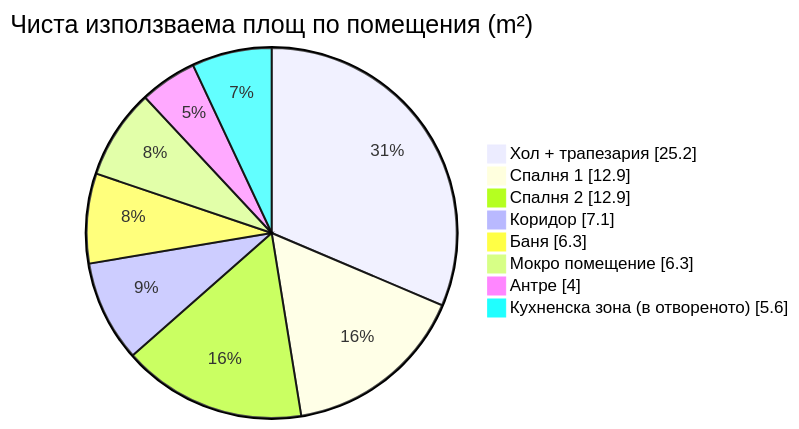
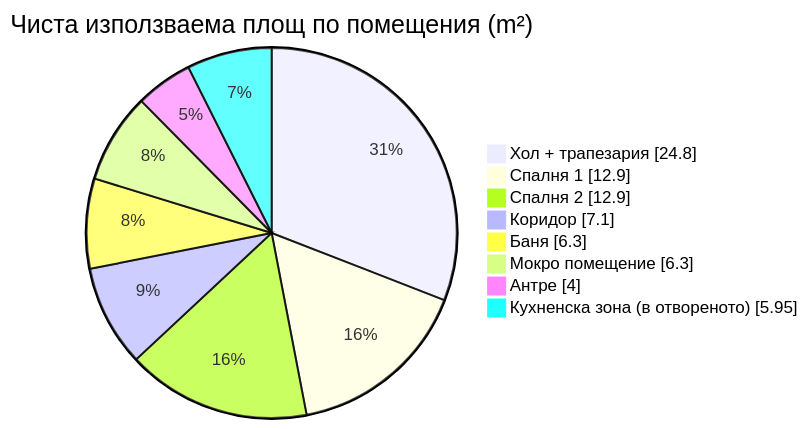
The third of 6 diagrams in architecture/04-diagrams.md (metodiev/nikolaevo-house), drawn with Mermaid before and after one commit. The commit also changed other lines of this file and 22 other files, not shown here.

````diff
--- a/architecture/04-diagrams.md
+++ b/architecture/04-diagrams.md
@@ -54,12 +54,12 @@
 ```mermaid
 pie showData
     title Чиста използваема площ по помещения (m²)
-    "Хол + трапезария" : 25.2
+    "Хол + трапезария" : 24.8
     "Спалня 1" : 12.9
     "Спалня 2" : 12.9
     "Коридор" : 7.1
     "Баня" : 6.3
     "Мокро помещение" : 6.3
     "Антре" : 4.0
-    "Кухненска зона (в отвореното)" : 5.6
+    "Кухненска зона (в отвореното)" : 5.95
 ```
````
